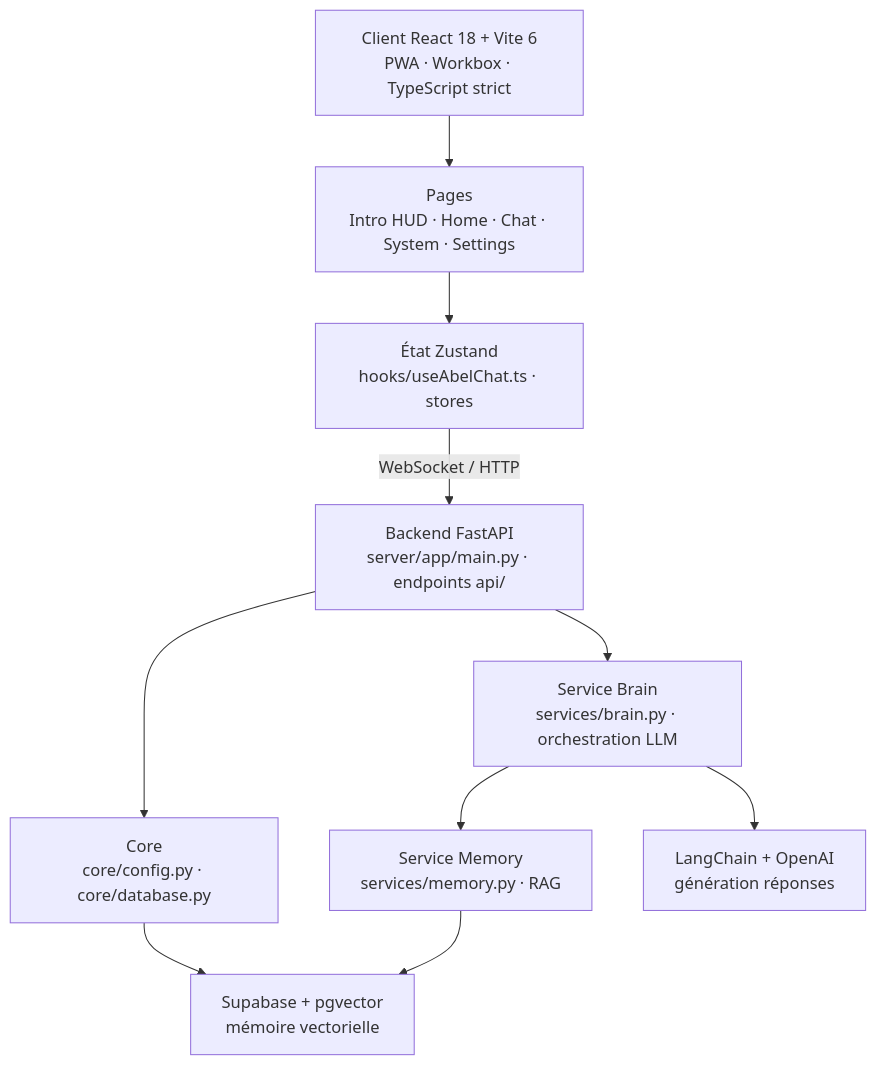
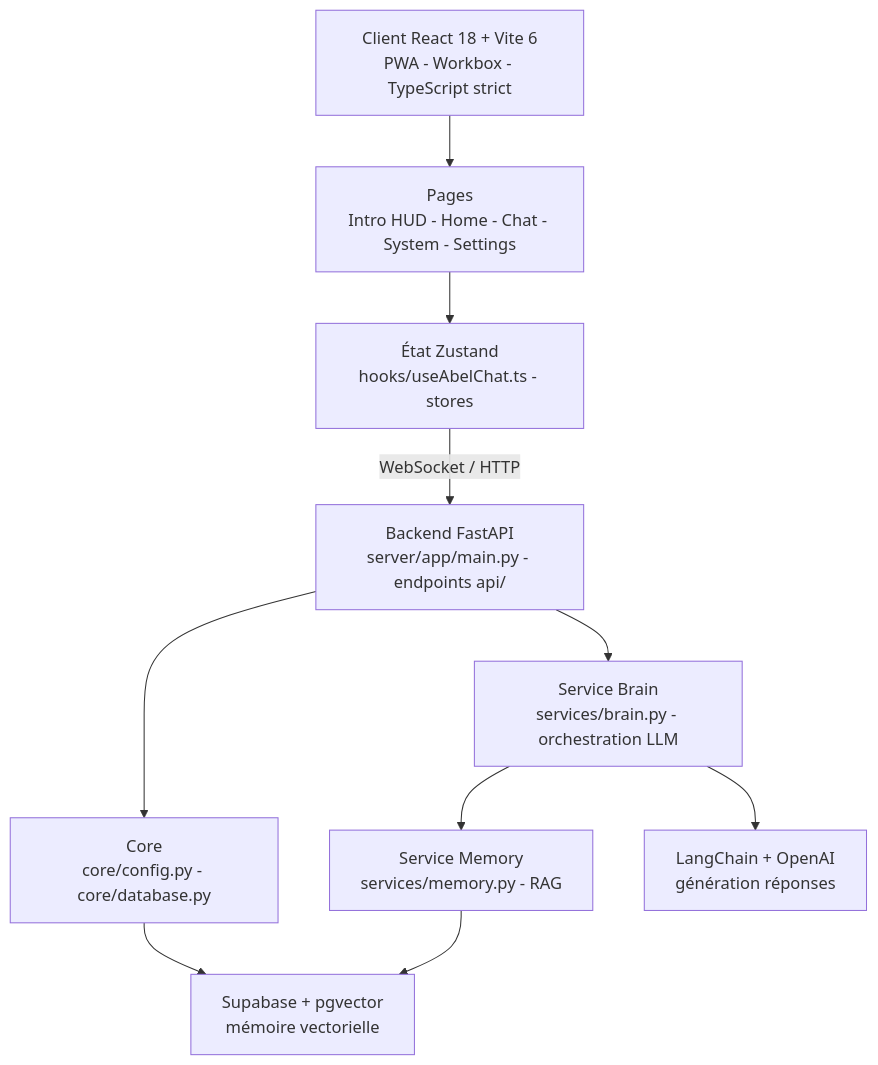
One commit to Adam-Blf/A.B.E.L changed the diagram in README.md. Above: the diagram before and after it, drawn with Mermaid. The commit also changed other lines of this file, not shown here.

Commit message:
docs: typography pass, no em dash or middle dot (#2)

````diff
--- a/README.md
+++ b/README.md
@@ -19,22 +19,22 @@
 ```mermaid
 flowchart TB
-    PWA["Client React 18 + Vite 6<br/>PWA · Workbox · TypeScript strict"]
-    PAGES["Pages<br/>Intro HUD · Home · Chat · System · Settings"]
-    STORE["État Zustand<br/>hooks/useAbelChat.ts · stores"]
-    API["Backend FastAPI<br/>server/app/main.py · endpoints api/"]
-    CORE["Core<br/>core/config.py · core/database.py"]
-    BRAIN["Service Brain<br/>services/brain.py · orchestration LLM"]
-    MEM["Service Memory<br/>services/memory.py · RAG"]
+    PWA["Client React 18 + Vite 6<br/>PWA - Workbox - TypeScript strict"]
+    PAGES["Pages<br/>Intro HUD - Home - Chat - System - Settings"]
+    STORE["État Zustand<br/>hooks/useAbelChat.ts - stores"]
+    API["Backend FastAPI<br/>server/app/main.py - endpoints api/"]
+    CORE["Core<br/>core/config.py - core/database.py"]
+    BRAIN["Service Brain<br/>services/brain.py - orchestration LLM"]
+    MEM["Service Memory<br/>services/memory.py - RAG"]
     DB["Supabase + pgvector<br/>mémoire vectorielle"]
     LLM["LangChain + OpenAI<br/>génération réponses"]
 
     PWA --> PAGES
     PAGES --> STORE
     STORE -->|WebSocket / HTTP| API
     API --> CORE
     API --> BRAIN
     BRAIN --> MEM
     MEM --> DB
     CORE --> DB
     BRAIN --> LLM
 ```
````
